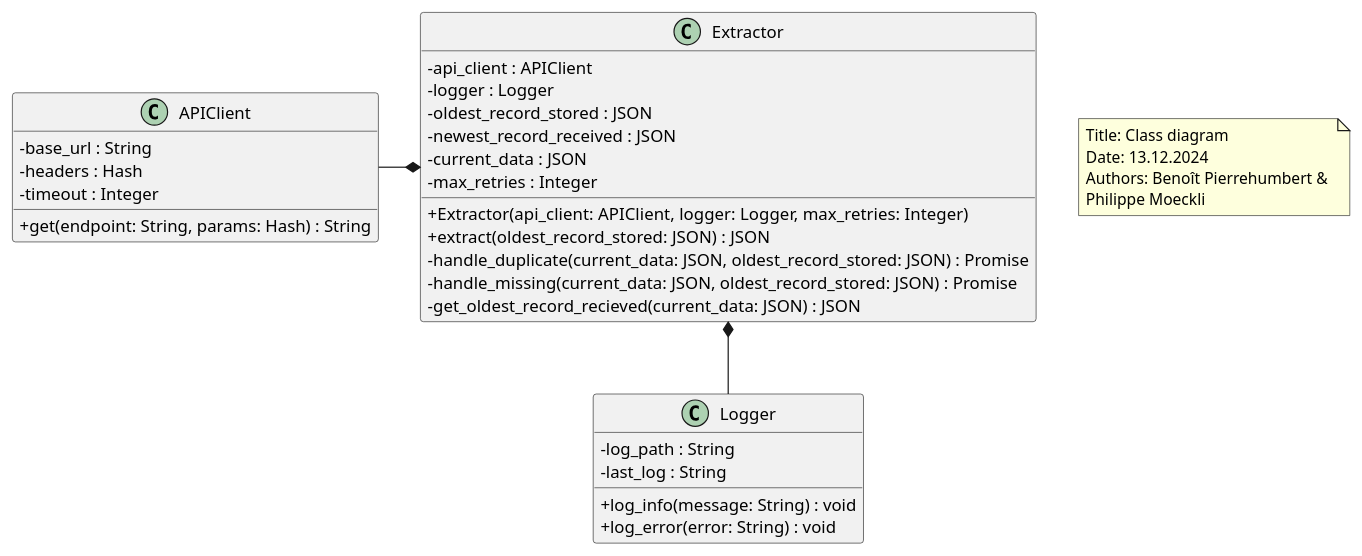
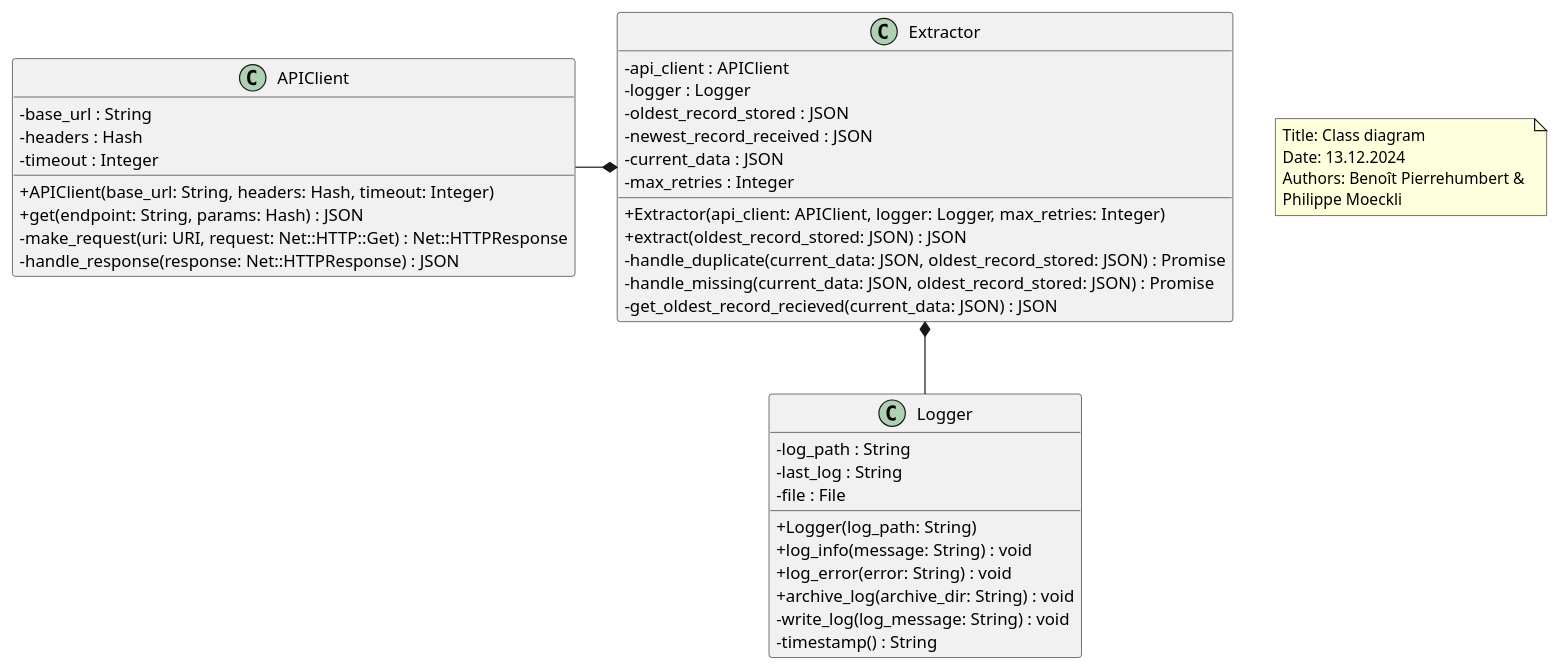
The diagram in docs/class_diagram.puml (CPNV-ES-BI1-SBB/EXTERNAL-SOURCE-EXTRACT), drawn with PlantUML before and after one commit.

Commit message:
docs: update class diagram with new implementation

```diff
--- a/docs/class_diagram.puml
+++ b/docs/class_diagram.puml
@@ -1,41 +1,49 @@
 @startuml
 
 skinparam classAttributeIconSize 0
 class Extractor {
   - api_client : APIClient
   - logger : Logger
   - oldest_record_stored : JSON
   - newest_record_received : JSON
   - current_data : JSON
   - max_retries : Integer
   + Extractor(api_client: APIClient, logger: Logger, max_retries: Integer)
   + extract(oldest_record_stored: JSON) : JSON
   - handle_duplicate(current_data: JSON, oldest_record_stored: JSON) : Promise
   - handle_missing(current_data: JSON, oldest_record_stored: JSON) : Promise
   - get_oldest_record_recieved(current_data: JSON) : JSON
 }
 
 class APIClient {
   - base_url : String
   - headers : Hash
   - timeout : Integer
-  + get(endpoint: String, params: Hash) : String
+  + APIClient(base_url: String, headers: Hash, timeout: Integer)
+  + get(endpoint: String, params: Hash) : JSON
+  - make_request(uri: URI, request: Net::HTTP::Get) : Net::HTTPResponse
+  - handle_response(response: Net::HTTPResponse) : JSON
 }
 
 class Logger {
   - log_path : String
   - last_log : String
+  - file : File
+  + Logger(log_path: String)
   + log_info(message: String) : void
   + log_error(error: String) : void
+  + archive_log(archive_dir: String) : void
+  - write_log(log_message: String) : void
+  - timestamp() : String
 }
 
 Logger -up-*  Extractor
 APIClient -right-*  Extractor
 
 note as N1
   Title: Class diagram
   Date: 13.12.2024
   Authors: Benoît Pierrehumbert & 
   Philippe Moeckli
 end note
 @enduml
```
